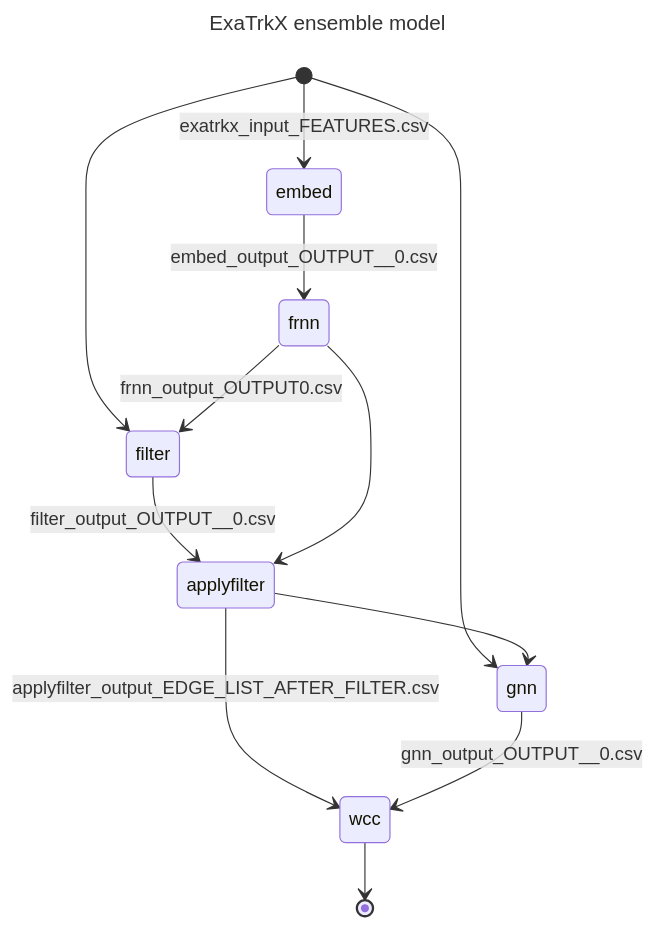
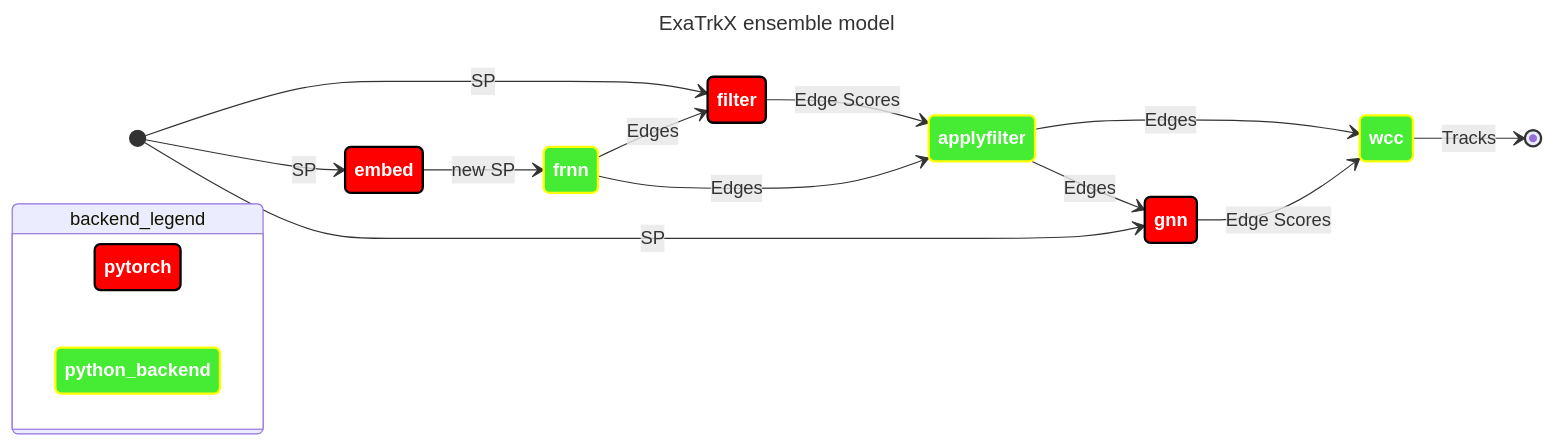
The diagram in triton_service/model_repos/README.md (y19y19/exatrkx-service), drawn with Mermaid before and after one commit. The commit also changed other lines of this file, not shown here.

Commit message:
Update the pipeline diagram. (#16)

````diff
--- a/triton_service/model_repos/README.md
+++ b/triton_service/model_repos/README.md
@@ -7,17 +7,33 @@
 ```mermaid
 ---
 title: ExaTrkX ensemble model
 ---
 stateDiagram-v2
-    [*] --> embed: exatrkx_input_FEATURES.csv
-    embed --> frnn: embed_output_OUTPUT__0.csv
-    [*] --> filter
-    frnn --> filter: frnn_output_OUTPUT0.csv
-    filter --> applyfilter: filter_output_OUTPUT__0.csv
-    frnn --> applyfilter
-    [*] --> gnn
-    applyfilter --> gnn
-    applyfilter --> wcc: applyfilter_output_EDGE_LIST_AFTER_FILTER.csv
-    gnn --> wcc: gnn_output_OUTPUT__0.csv
-    wcc --> [*]
+    direction LR
+    
+    classDef pytorch_style fill:#f00,color:white,font-weight:bold,stroke-width:2px,stroke:black
+    classDef python_backend_style fill:#46eb34,color:white,font-weight:bold,stroke-width:2px,stroke:yellow
+    
+
+    [*] --> embed:::pytorch_style : SP
+    embed --> frnn:::python_backend_style : new SP
+    [*] --> filter : SP
+    frnn --> filter:::pytorch_style : Edges
+    filter --> applyfilter:::python_backend_style : Edge Scores
+    frnn --> applyfilter : Edges
+    applyfilter --> gnn : Edges
+    [*] --> gnn:::pytorch_style : SP
+    applyfilter --> wcc:::python_backend_style : Edges
+    gnn --> wcc : Edge Scores
+    wcc --> [*] : Tracks
+
+    state backend_legend {
+        direction LR
+            pytorch
+            python_backend
+        }
+    
+
+    class pytorch pytorch_style
+    class python_backend python_backend_style
 ```
````
